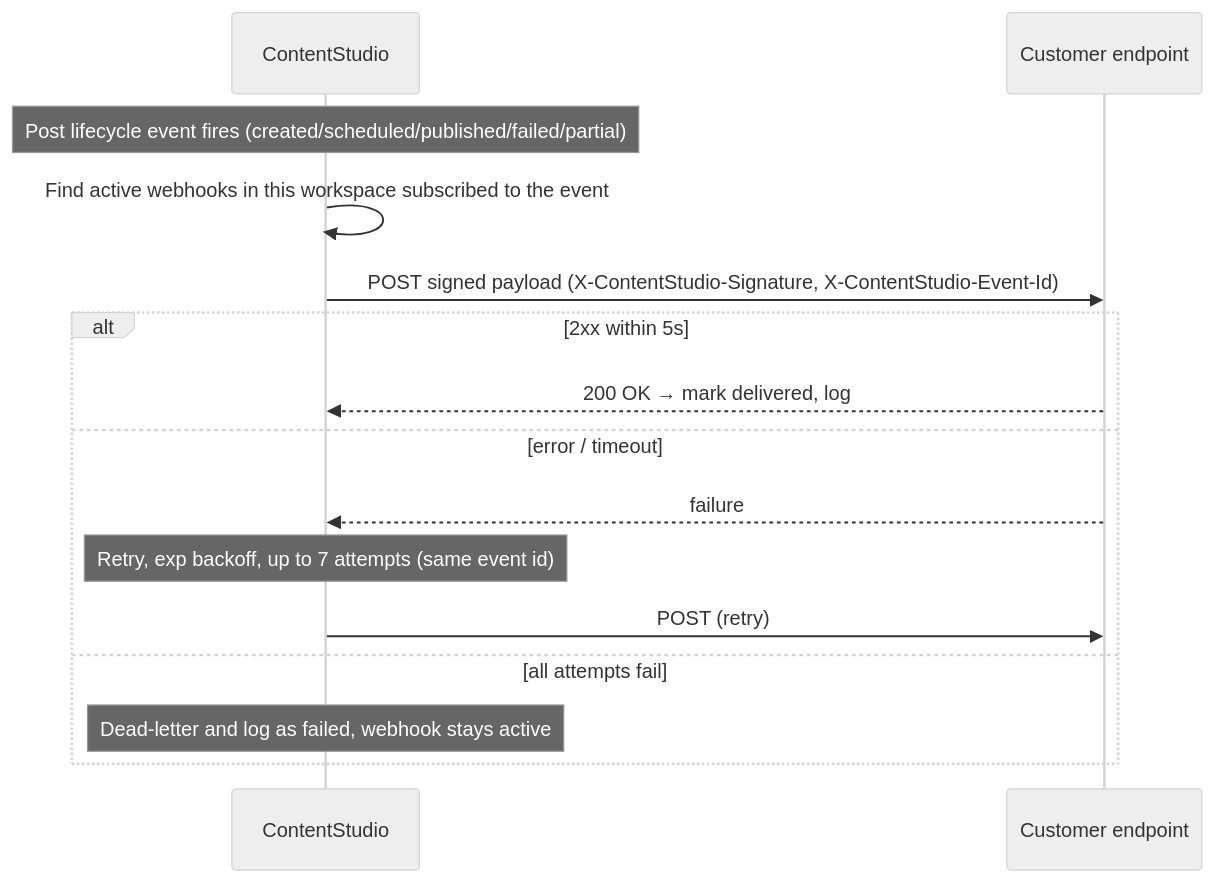
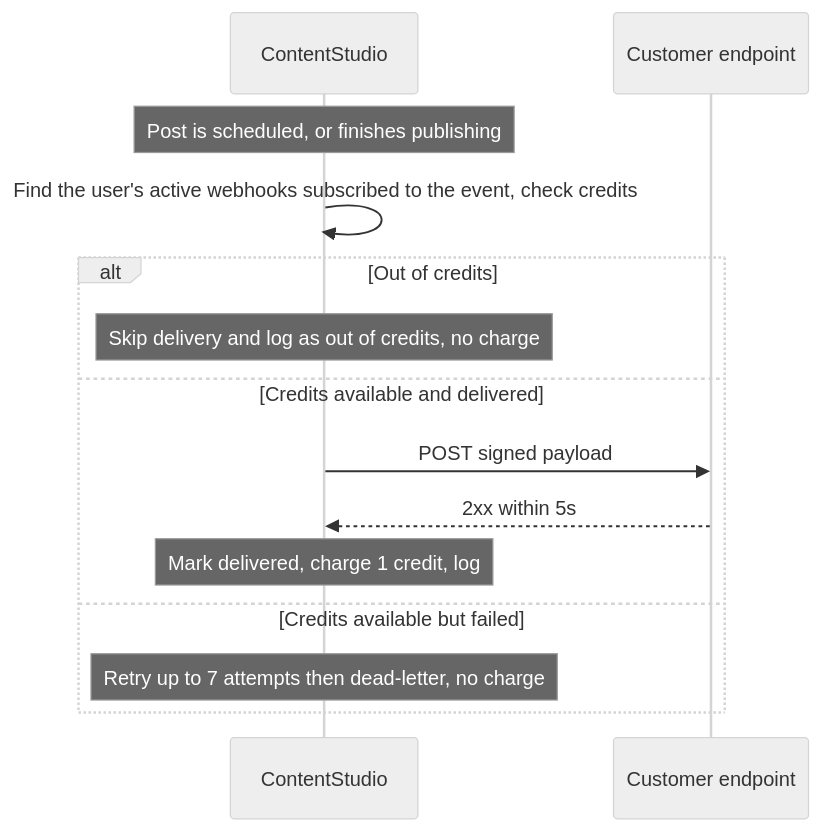
The first of 2 diagrams in docs/features/public-webhooks/04-epic-and-stories.md (Ghulam-Jaffar/contentstudio-agentic-product-pipeline), drawn with Mermaid (neutral theme) before and after one commit. The commit also changed other lines of this file and 5 other files, not shown here.

Commit message:
Refactor prototype UI prompt for Webhooks section in ContentStudio API page; streamline design specifications, enhance clarity on user interactions, and update visual style guidelines.

````diff
--- a/docs/features/public-webhooks/04-epic-and-stories.md
+++ b/docs/features/public-webhooks/04-epic-and-stories.md
@@ -88,17 +76,16 @@
 ```mermaid
 sequenceDiagram
     participant CS as ContentStudio
     participant EP as Customer endpoint
-    Note over CS: Post lifecycle event fires (created/scheduled/published/failed/partial)
-    CS->>CS: Find active webhooks in this workspace subscribed to the event
-    CS->>EP: POST signed payload (X-ContentStudio-Signature, X-ContentStudio-Event-Id)
-    alt 2xx within 5s
-        EP-->>CS: 200 OK → mark delivered, log
-    else error / timeout
-        EP-->>CS: failure
-        Note over CS: Retry, exp backoff, up to 7 attempts (same event id)
-        CS->>EP: POST (retry)
-    else all attempts fail
-        Note over CS: Dead-letter and log as failed, webhook stays active
+    Note over CS: Post is scheduled, or finishes publishing
+    CS->>CS: Find the user's active webhooks subscribed to the event, check credits
+    alt Out of credits
+        Note over CS: Skip delivery and log as out of credits, no charge
+    else Credits available and delivered
+        CS->>EP: POST signed payload
+        EP-->>CS: 2xx within 5s
+        Note over CS: Mark delivered, charge 1 credit, log
+    else Credits available but failed
+        Note over CS: Retry up to 7 attempts then dead-letter, no charge
     end
 ```
````
